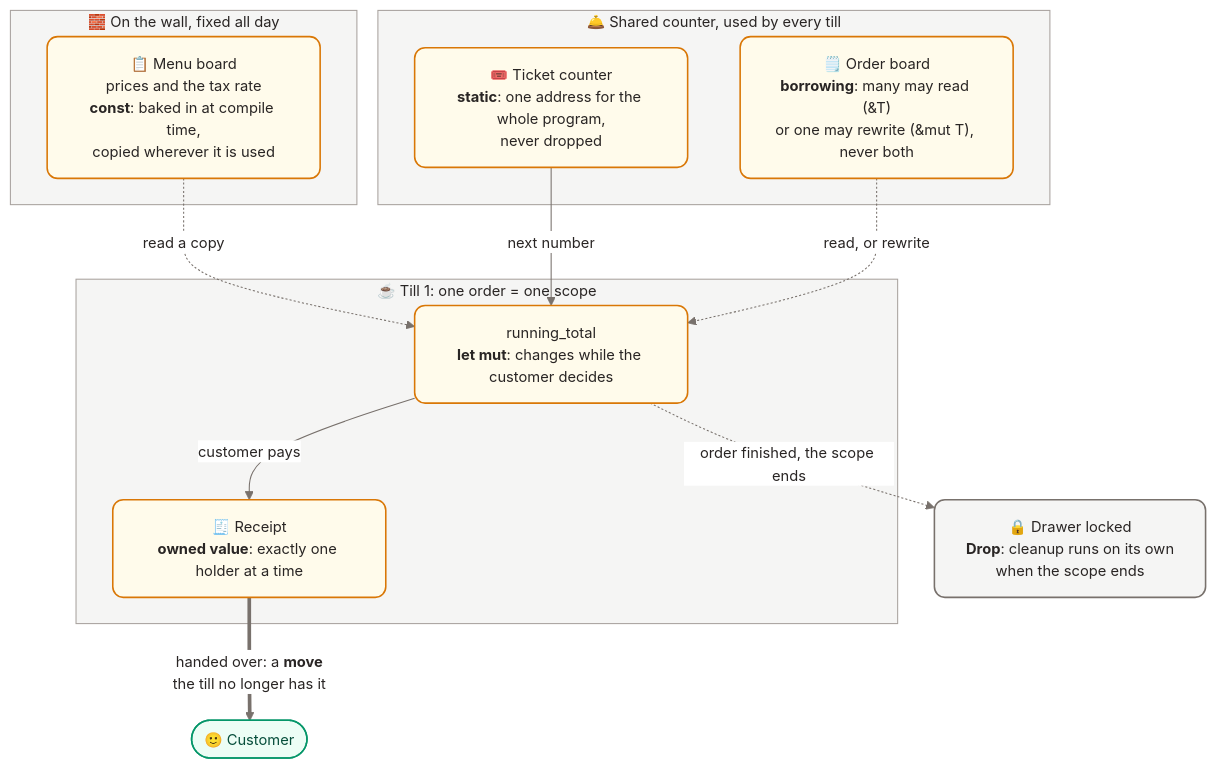
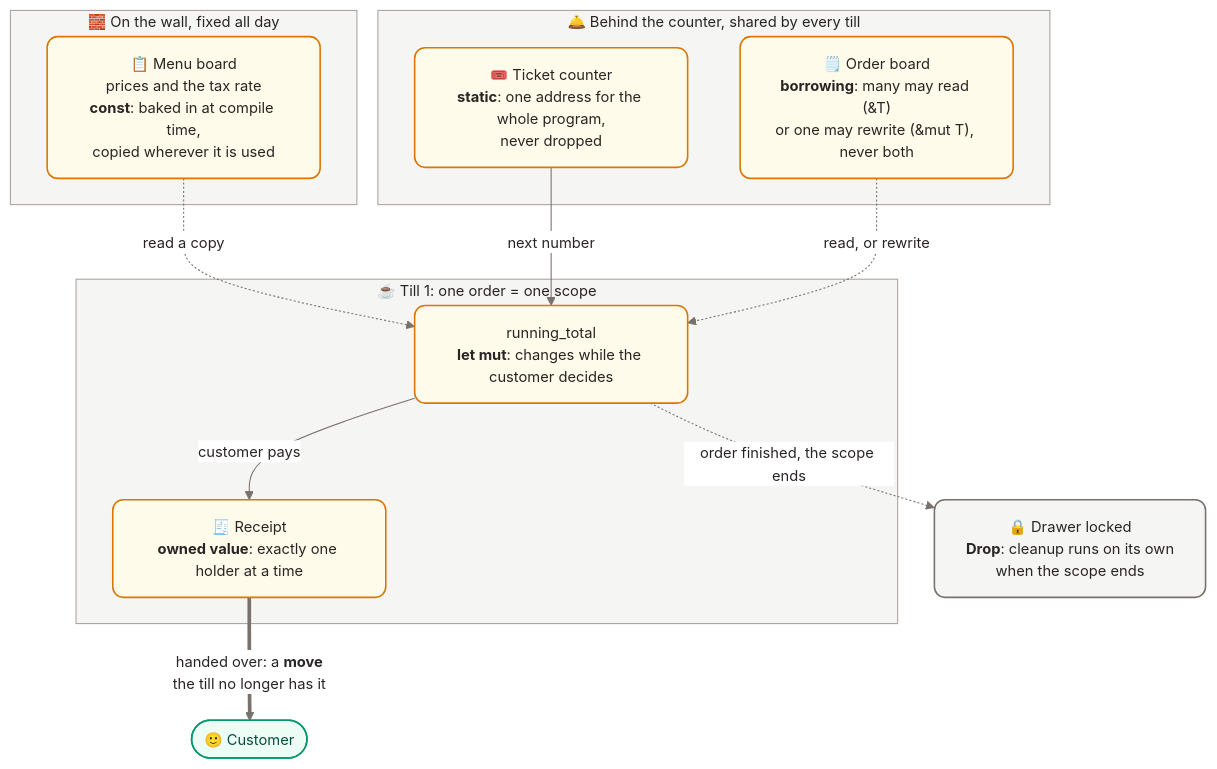
Before and after one commit to amritsingh183/amritsingh183.github.io: the diagram in _posts/2025-01-01-rust-var-const-lifetimes.md, drawn with Mermaid. The commit also changed other lines of this file and 1 other file, not shown here.

Commit message:
update option-results

```diff
--- a/_posts/2025-01-01-rust-var-const-lifetimes.md
+++ b/_posts/2025-01-01-rust-var-const-lifetimes.md
@@ -43,31 +43,31 @@
 <div class="mermaid" id="cafe-rust-diagram">
 %%{init: {"theme": "base", "themeVariables": {"fontFamily": "Helvetica Neue, Helvetica, Arial, sans-serif", "fontSize": "14px", "primaryColor": "#fffbeb", "primaryTextColor": "#292524", "primaryBorderColor": "#d97706", "lineColor": "#78716c", "textColor": "#292524", "clusterBkg": "#f5f5f4", "clusterBorder": "#a8a29e", "titleColor": "#292524", "edgeLabelBackground": "#ffffff"}}}%%
 flowchart TB
   subgraph wall["🧱 On the wall, fixed all day"]
     MENU["📋 Menu board<br/>prices and the tax rate<br/><b>const</b>: baked in at compile time,<br/>copied wherever it is used"]
   end
-  subgraph counter["🛎️ Shared counter, used by every till"]
+  subgraph counter["🛎️ Behind the counter, shared by every till"]
     TICKETS["🎟️ Ticket counter<br/><b>static</b>: one address for the whole program,<br/>never dropped"]
     BOARD["🗒️ Order board<br/><b>borrowing</b>: many may read (#38;T)<br/>or one may rewrite (#38;mut T), never both"]
   end
   subgraph till["☕ Till 1: one order = one scope"]
     TOTAL["running_total<br/><b>let mut</b>: changes while the customer decides"]
     RECEIPT["🧾 Receipt<br/><b>owned value</b>: exactly one holder at a time"]
   end
   CUSTOMER(["🙂 Customer"])
   DONE["🔒 Drawer locked<br/><b>Drop</b>: cleanup runs on its own<br/>when the scope ends"]
 
   MENU -. "read a copy" .-> TOTAL
   TICKETS -- "next number" --> TOTAL
   BOARD -. "read, or rewrite" .-> TOTAL
   TOTAL -- "customer pays" --> RECEIPT
   RECEIPT == "handed over: a <b>move</b><br/>the till no longer has it" ==> CUSTOMER
   TOTAL -. "order finished, the scope ends" .-> DONE
 
   classDef cafe fill:#fffbeb,stroke:#d97706,color:#292524,stroke-width:1.5px,rx:10,ry:10
   classDef person fill:#ecfdf5,stroke:#059669,color:#064e3b,stroke-width:1.5px
   classDef finish fill:#f5f5f4,stroke:#78716c,color:#292524,stroke-width:1.5px,rx:10,ry:10
   class MENU,TICKETS,BOARD,TOTAL,RECEIPT cafe
   class CUSTOMER person
   class DONE finish
 </div>
```
